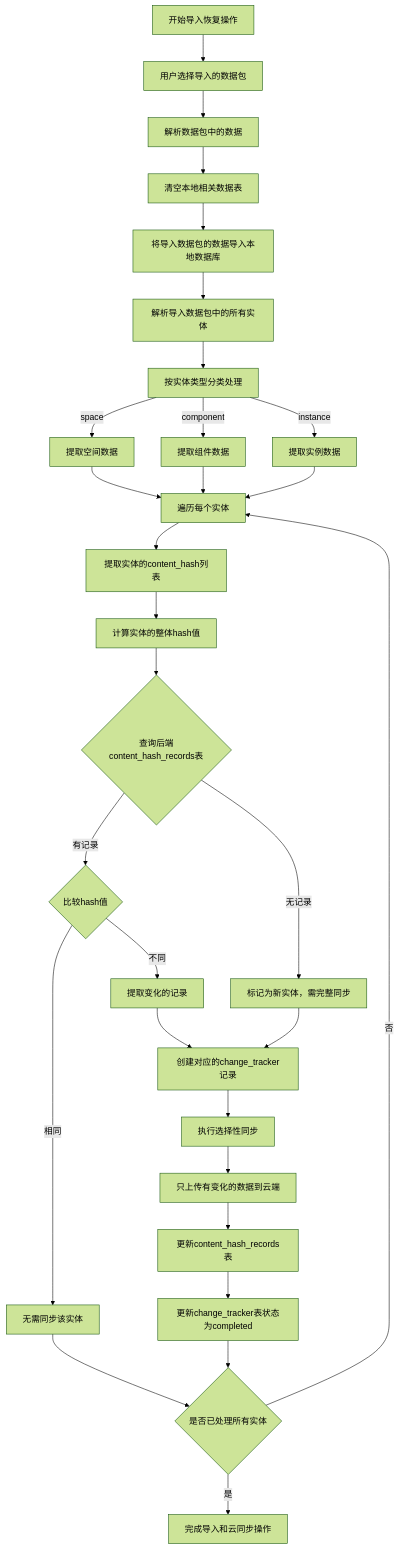
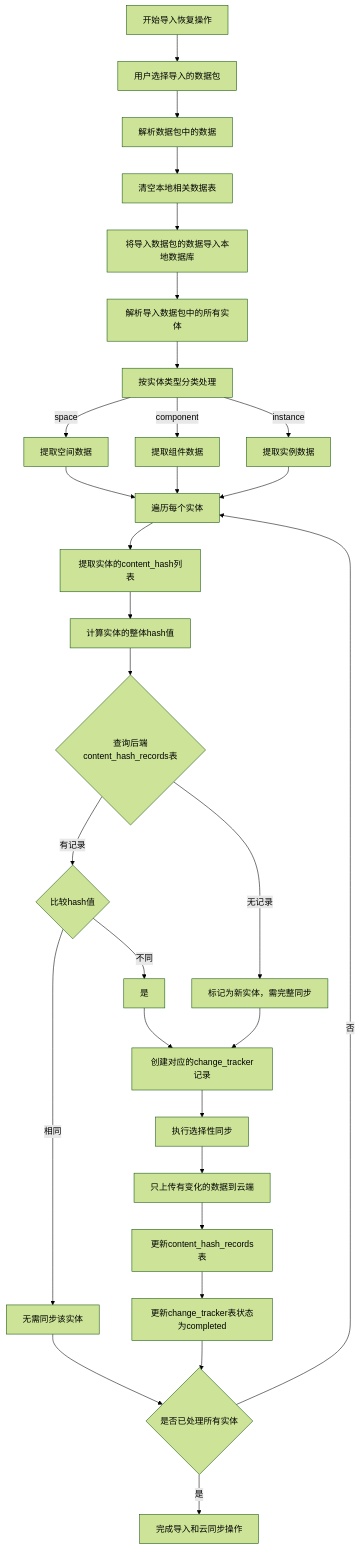
One commit to yingjianzh/iodraw-files changed the diagram in all/未命名-44.md. Above: the diagram before and after it, drawn with Mermaid (forest theme).

Commit message:
2025-04-27 11:37:13 update

````diff
--- a/all/未命名-44.md
+++ b/all/未命名-44.md
@@ -1,44 +1,44 @@
 ```mermaid
 flowchart TD
     A[开始导入恢复操作] --> B[用户选择导入的数据包]
     B --> C[解析数据包中的数据]
     
     C --> D[清空本地相关数据表]
     D --> E[将导入数据包的数据导入本地数据库]
     
     E --> F[解析导入数据包中的所有实体]
     F --> G[按实体类型分类处理]
     
     G -->|space| H1[提取空间数据]
     G -->|component| H2[提取组件数据]
     G -->|instance| H3[提取实例数据]
     
     H1 --> I[遍历每个实体]
     H2 --> I
     H3 --> I
     
     I --> J[提取实体的content_hash列表]
     J --> K[计算实体的整体hash值]
     
     K --> L{查询后端content_hash_records表}
     L -->|无记录| M1[标记为新实体，需完整同步]
     L -->|有记录| M2{比较hash值}
     
     M2 -->|相同| M3[无需同步该实体]
-    M2 -->|不同| M4[提取变化的记录]
+    M2 -->|不同| M4[是]
     
     M4 --> N1[创建对应的change_tracker记录]
     M1 --> N1
     
     N1 --> O[执行选择性同步]
     O --> P[只上传有变化的数据到云端]
     
     P --> Q[更新content_hash_records表]
     Q --> R[更新change_tracker表状态为completed]
     
     M3 --> S{是否已处理所有实体}
     R --> S
     
     S -->|否| I
     S -->|是| T[完成导入和云同步操作]
 ```
````
